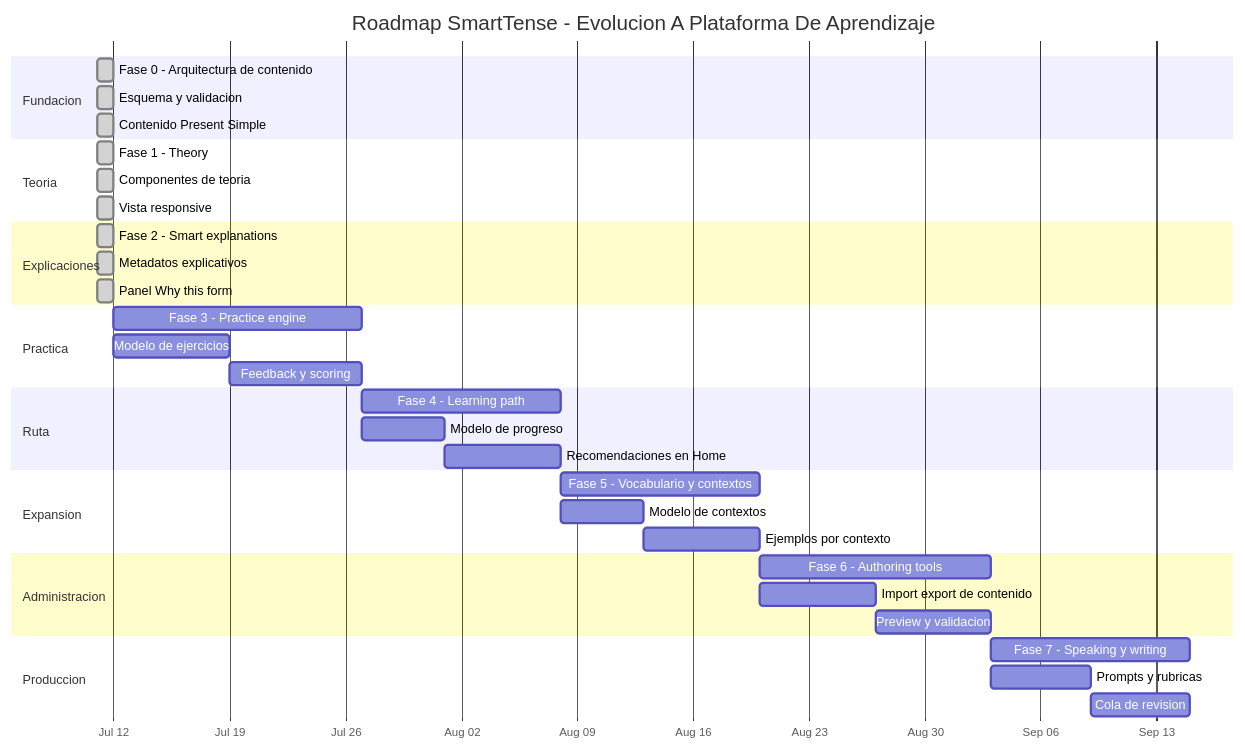
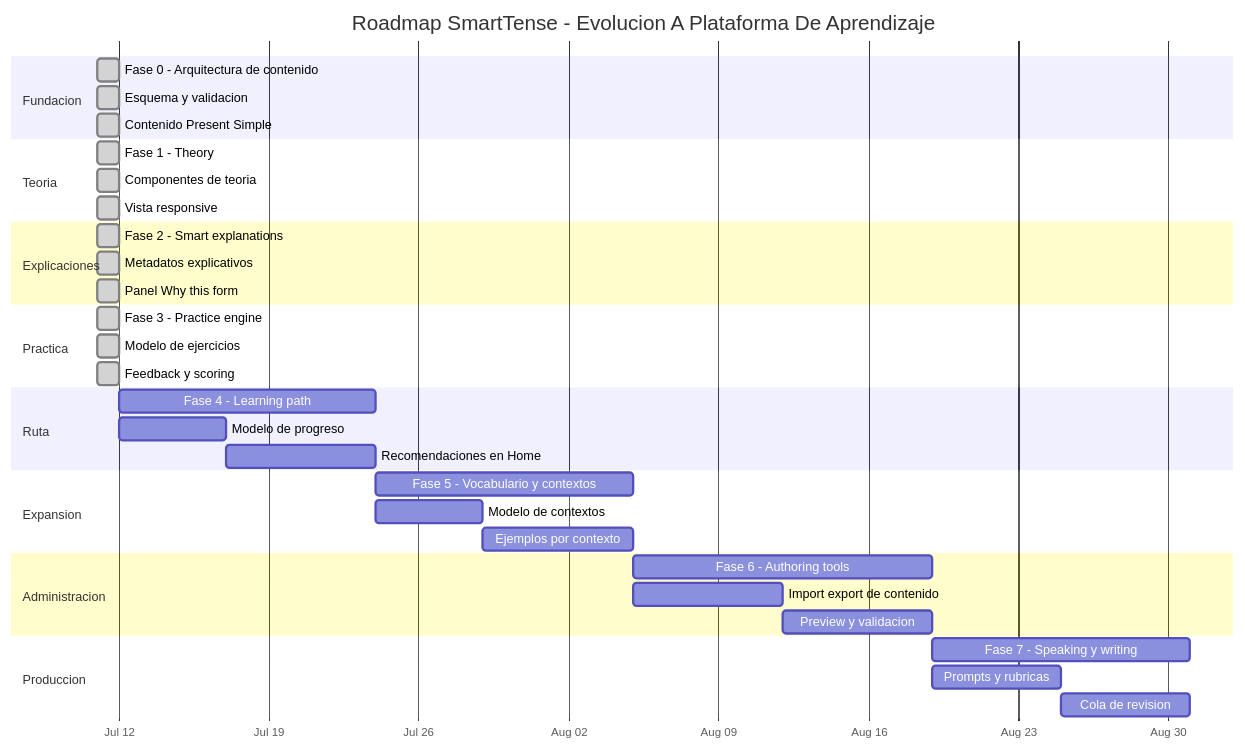
The diagram in docs/PROJECT_PHASE_ROADMAP.md (dafermen/SmartTense), drawn with Mermaid before and after one commit. The commit also changed other lines of this file and 12 other files, not shown here.

Commit message:
Add practice engine MVP

````diff
--- a/docs/PROJECT_PHASE_ROADMAP.md
+++ b/docs/PROJECT_PHASE_ROADMAP.md
@@ -220,46 +224,46 @@
 ```mermaid
 gantt
     title Roadmap SmartTense - Evolucion A Plataforma De Aprendizaje
     dateFormat  YYYY-MM-DD
     axisFormat  %b %d
 
     section Fundacion
     Fase 0 - Arquitectura de contenido      :done, p0, 2026-07-11, 1d
     Esquema y validacion                    :done, p0a, 2026-07-11, 1d
     Contenido Present Simple                :done, p0b, 2026-07-11, 1d
 
     section Teoria
     Fase 1 - Theory                         :done, p1, 2026-07-11, 1d
     Componentes de teoria                   :done, p1a, 2026-07-11, 1d
     Vista responsive                        :done, p1b, 2026-07-11, 1d
 
     section Explicaciones
     Fase 2 - Smart explanations             :done, p2, 2026-07-11, 1d
     Metadatos explicativos                  :done, p2a, 2026-07-11, 1d
     Panel Why this form                     :done, p2b, 2026-07-11, 1d
 
     section Practica
-    Fase 3 - Practice engine                :p3, 2026-07-12, 15d
-    Modelo de ejercicios                    :p3a, 2026-07-12, 7d
-    Feedback y scoring                      :p3b, after p3a, 8d
+    Fase 3 - Practice engine                :done, p3, 2026-07-11, 1d
+    Modelo de ejercicios                    :done, p3a, 2026-07-11, 1d
+    Feedback y scoring                      :done, p3b, 2026-07-11, 1d
 
     section Ruta
-    Fase 4 - Learning path                  :p4, after p3, 12d
-    Modelo de progreso                      :p4a, after p3, 5d
+    Fase 4 - Learning path                  :p4, 2026-07-12, 12d
+    Modelo de progreso                      :p4a, 2026-07-12, 5d
     Recomendaciones en Home                 :p4b, after p4a, 7d
 
     section Expansion
     Fase 5 - Vocabulario y contextos        :p5, after p4, 12d
     Modelo de contextos                     :p5a, after p4, 5d
     Ejemplos por contexto                   :p5b, after p5a, 7d
 
     section Administracion
     Fase 6 - Authoring tools                :p6, after p5, 14d
     Import export de contenido              :p6a, after p5, 7d
     Preview y validacion                    :p6b, after p6a, 7d
 
     section Produccion
     Fase 7 - Speaking y writing             :p7, after p6, 12d
     Prompts y rubricas                      :p7a, after p6, 6d
     Cola de revision                        :p7b, after p7a, 6d
 ```
````
